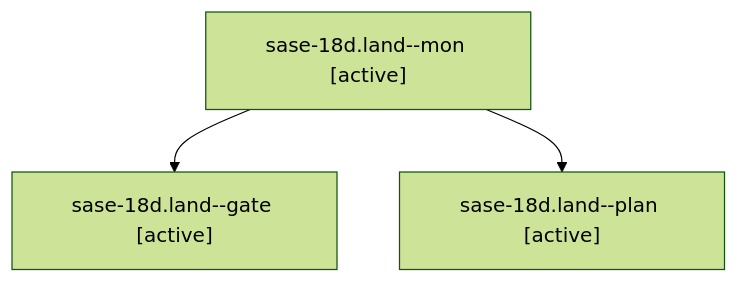
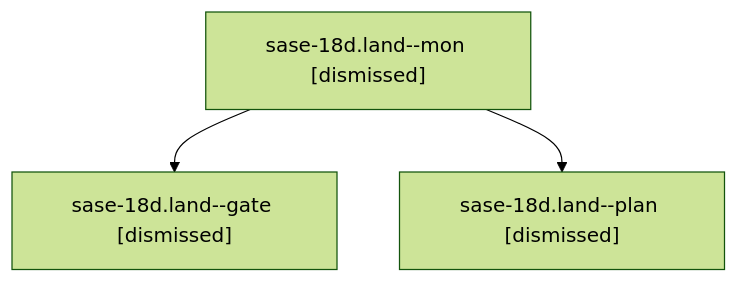
The diagram in sessions/bbugyi200.athena.sase-18d.land.md (sase-org/sase--agents), drawn with Mermaid (forest theme) before and after one commit. The commit also changed other lines of this file and 170 other files, not shown here.

````diff
--- a/sessions/bbugyi200.athena.sase-18d.land.md
+++ b/sessions/bbugyi200.athena.sase-18d.land.md
@@ -9,8 +9,8 @@
 ```mermaid
 flowchart TD
-  n0["sase-18d.land--mon [active]"]
-  n1["sase-18d.land--gate [active]"]
+  n0["sase-18d.land--mon [dismissed]"]
+  n1["sase-18d.land--gate [dismissed]"]
   n0 --> n1
-  n2["sase-18d.land--plan [active]"]
+  n2["sase-18d.land--plan [dismissed]"]
   n0 --> n2
 ```
````
